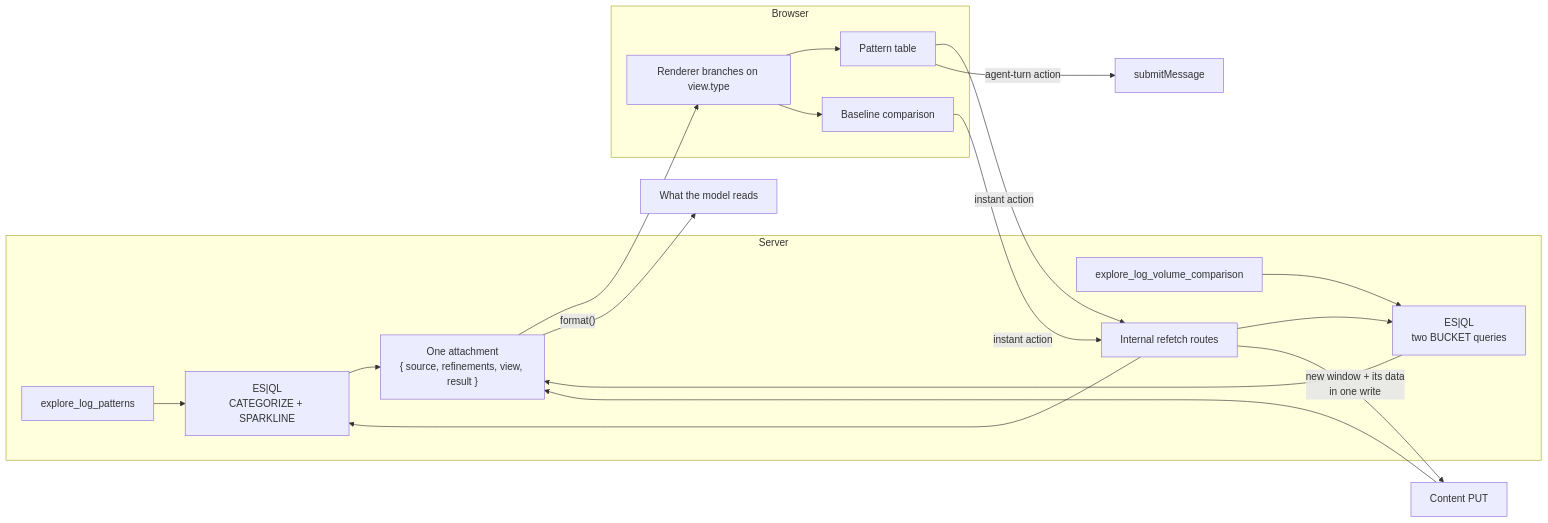
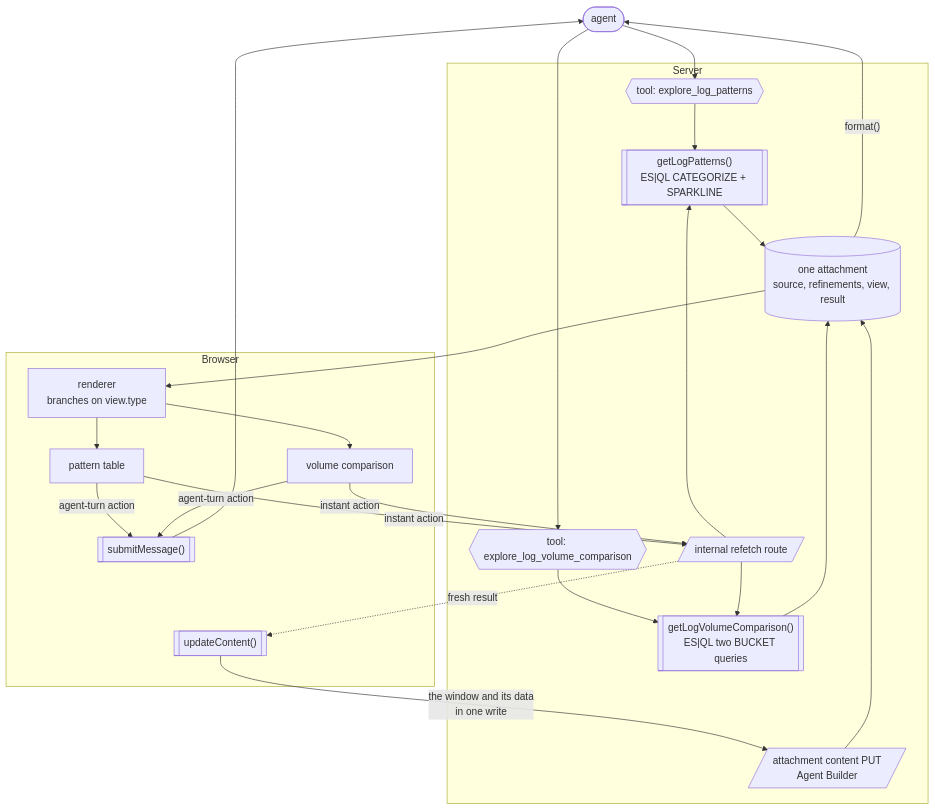
Before and after one commit to weltenwort/kibana: the diagram in __tmp__/6059-comment-2-implementation.md, drawn with Mermaid. The commit also changed other lines of this file and 2 other files, not shown here.

Commit message:
feat: update Comment 2 with full draft, architecture diagram, and identified hurdles

````diff
--- a/__tmp__/6059-comment-2-implementation.md
+++ b/__tmp__/6059-comment-2-implementation.md
@@ -21,22 +19,44 @@
 ```mermaid
-flowchart LR
+flowchart TB
+    AGENT(["agent"])
+
     subgraph Server
-        T1["explore_log_patterns"] --> Q["ES|QL<br/>CATEGORIZE + SPARKLINE"]
-        T2["explore_log_volume_comparison"] --> Q2["ES|QL<br/>two BUCKET queries"]
-        Q --> A["One attachment<br/>{ source, refinements, view, result }"]
-        Q2 --> A
-        R["Internal refetch routes"] --> Q
-        R --> Q2
+        T1{{"tool: explore_log_patterns"}}
+        T2{{"tool: explore_log_volume_comparison"}}
+        H1[["getLogPatterns()<br/>ES|QL CATEGORIZE + SPARKLINE"]]
+        H2[["getLogVolumeComparison()<br/>ES|QL two BUCKET queries"]]
+        R[/"internal refetch route"/]
+        W[/"attachment content PUT<br/>Agent Builder"/]
+        A[("one attachment<br/>source, refinements, view, result")]
+        T1 --> H1
+        T2 --> H2
+        R --> H1
+        R --> H2
+        H1 --> A
+        H2 --> A
+        W --> A
     end
+
+    AGENT --> T1
+    AGENT --> T2
+
     subgraph Browser
-        A --> V["Renderer branches on view.type"]
-        V --> PT["Pattern table"]
-        V --> BH["Baseline comparison"]
+        V["renderer<br/>branches on view.type"]
+        PT["pattern table"]
+        BH["volume comparison"]
+        UC[["updateContent()"]]
+        MSG[["submitMessage()"]]
+        V --> PT
+        V --> BH
     end
+
+    A --> V
     PT -->|"instant action"| R
     BH -->|"instant action"| R
-    R -->|"new window + its data<br/>in one write"| W["Content PUT"]
-    W --> A
-    PT -->|"agent-turn action"| MSG["submitMessage"]
-    A -->|"format()"| M["What the model reads"]
+    R -.->|"fresh result"| UC
+    UC -->|"the window and its data<br/>in one write"| W
+    PT -->|"agent-turn action"| MSG
+    BH -->|"agent-turn action"| MSG
+    MSG --> AGENT
+    A -->|"format()"| AGENT
 ```
````
